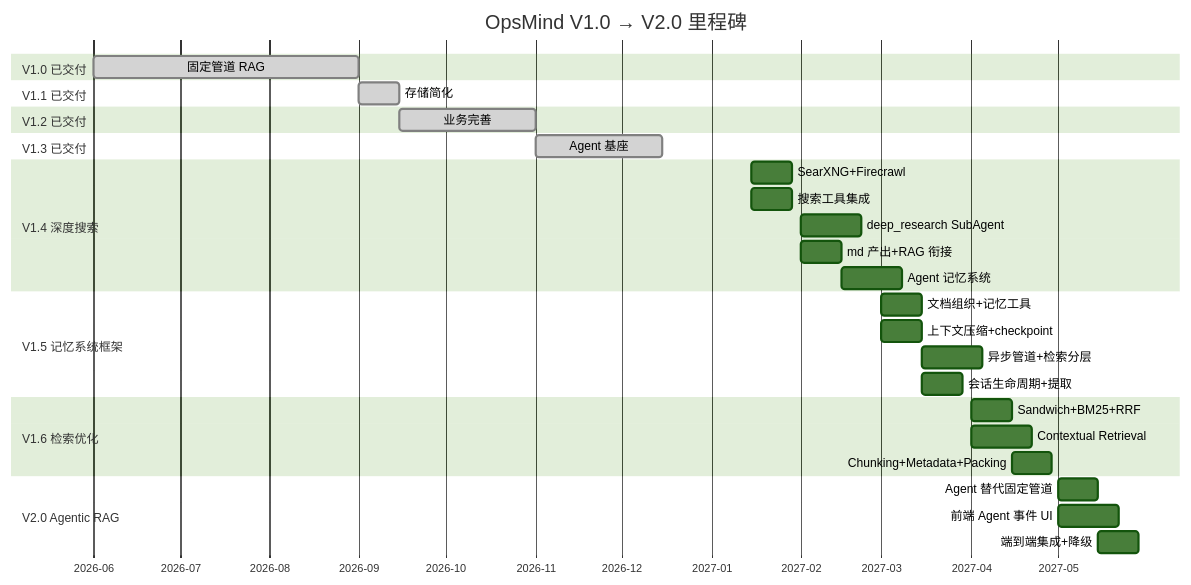
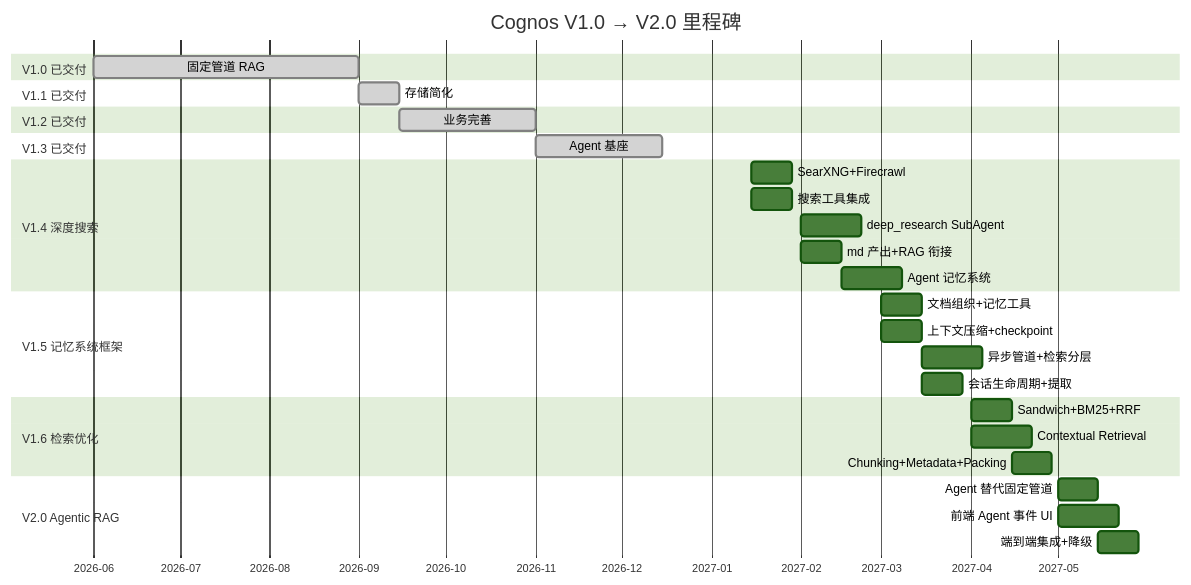
One commit to int2t05/Cognik changed the sixth of 6 diagrams in docs/ROADMAP.md. Above: the diagram before and after it, drawn with Mermaid (forest theme). The commit also changed other lines of this file and 176 other files, not shown here.

First line of the commit message:
refactor: 项目改名 OpsMind → Cognos + 脱离运维范畴

````diff
--- a/docs/ROADMAP.md
+++ b/docs/ROADMAP.md
@@ -488,41 +488,41 @@
 ```mermaid
 gantt
-    title OpsMind V1.0 → V2.0 里程碑
+    title Cognos V1.0 → V2.0 里程碑
     dateFormat YYYY-MM-DD
     axisFormat %Y-%m
 
     section V1.0 已交付
     固定管道 RAG         :done, v1, 2026-06-01, 2026-09-01
 
     section V1.1 已交付
     存储简化             :done, v11, 2026-09-01, 2026-09-15
 
     section V1.2 已交付
     业务完善             :done, v12, 2026-09-15, 2026-11-01
 
     section V1.3 已交付
     Agent 基座           :done, v13, 2026-11-01, 2026-12-15
 
     section V1.4 深度搜索
     SearXNG+Firecrawl    :v14a, 2027-01-15, 14d
     搜索工具集成          :v14b, 2027-01-15, 14d
     deep_research SubAgent :v14c, 2027-02-01, 21d
     md 产出+RAG 衔接      :v14d, 2027-02-01, 14d
     Agent 记忆系统       :v14e, 2027-02-15, 21d
 
     section V1.5 记忆系统框架
     文档组织+记忆工具     :v15a, 2027-03-01, 14d
     上下文压缩+checkpoint  :v15b, 2027-03-01, 14d
     异步管道+检索分层      :v15c, 2027-03-15, 21d
     会话生命周期+提取      :v15d, 2027-03-15, 14d
 
     section V1.6 检索优化
     Sandwich+BM25+RRF     :v16a, 2027-04-01, 14d
     Contextual Retrieval  :v16b, 2027-04-01, 21d
     Chunking+Metadata+Packing :v16c, 2027-04-15, 14d
 
     section V2.0 Agentic RAG
     Agent 替代固定管道    :v20a, 2027-05-01, 14d
     前端 Agent 事件 UI    :v20b, 2027-05-01, 21d
     端到端集成+降级       :v20c, 2027-05-15, 14d
 ```
````
